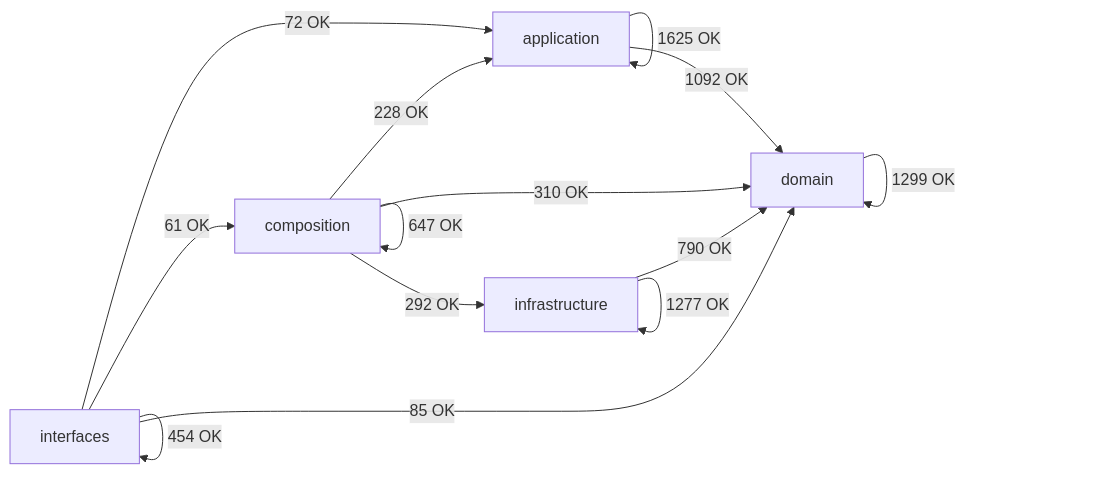
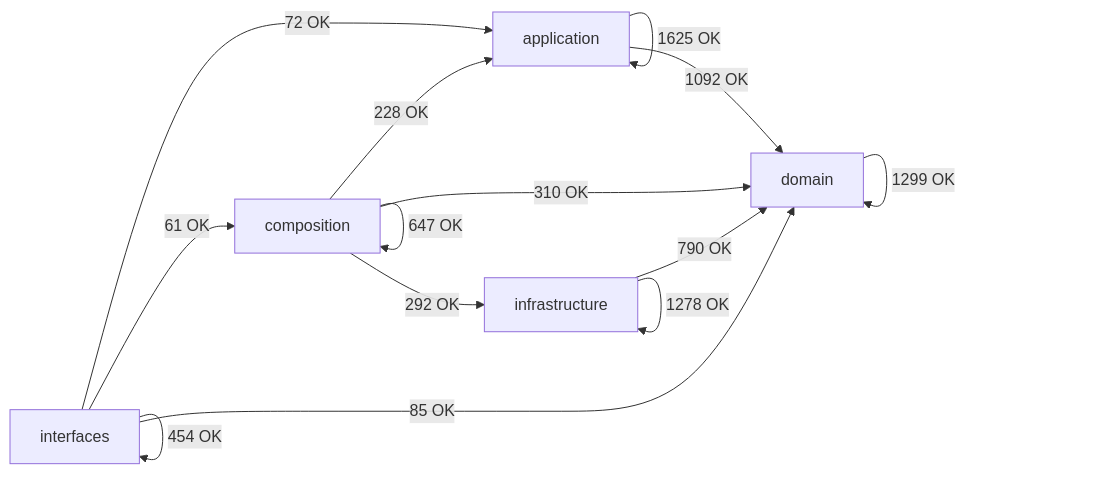
The diagram in docs/02-architecture/generated/module-dependency-map.md (SatoryKono/BioactivityDataAcquisition), drawn with Mermaid before and after one commit. The commit also changed other lines of this file and 18 other files, not shown here.

````diff
--- a/docs/02-architecture/generated/module-dependency-map.md
+++ b/docs/02-architecture/generated/module-dependency-map.md
@@ -17,21 +17,21 @@
 ```mermaid
 flowchart LR
     domain[domain]
     application[application]
     infrastructure[infrastructure]
     composition[composition]
     interfaces[interfaces]
     application -->|1625 OK| application
     application -->|1092 OK| domain
     composition -->|228 OK| application
     composition -->|647 OK| composition
     composition -->|310 OK| domain
     composition -->|292 OK| infrastructure
     domain -->|1299 OK| domain
     infrastructure -->|790 OK| domain
-    infrastructure -->|1277 OK| infrastructure
+    infrastructure -->|1278 OK| infrastructure
     interfaces -->|72 OK| application
     interfaces -->|61 OK| composition
     interfaces -->|85 OK| domain
     interfaces -->|454 OK| interfaces
 ```
````
